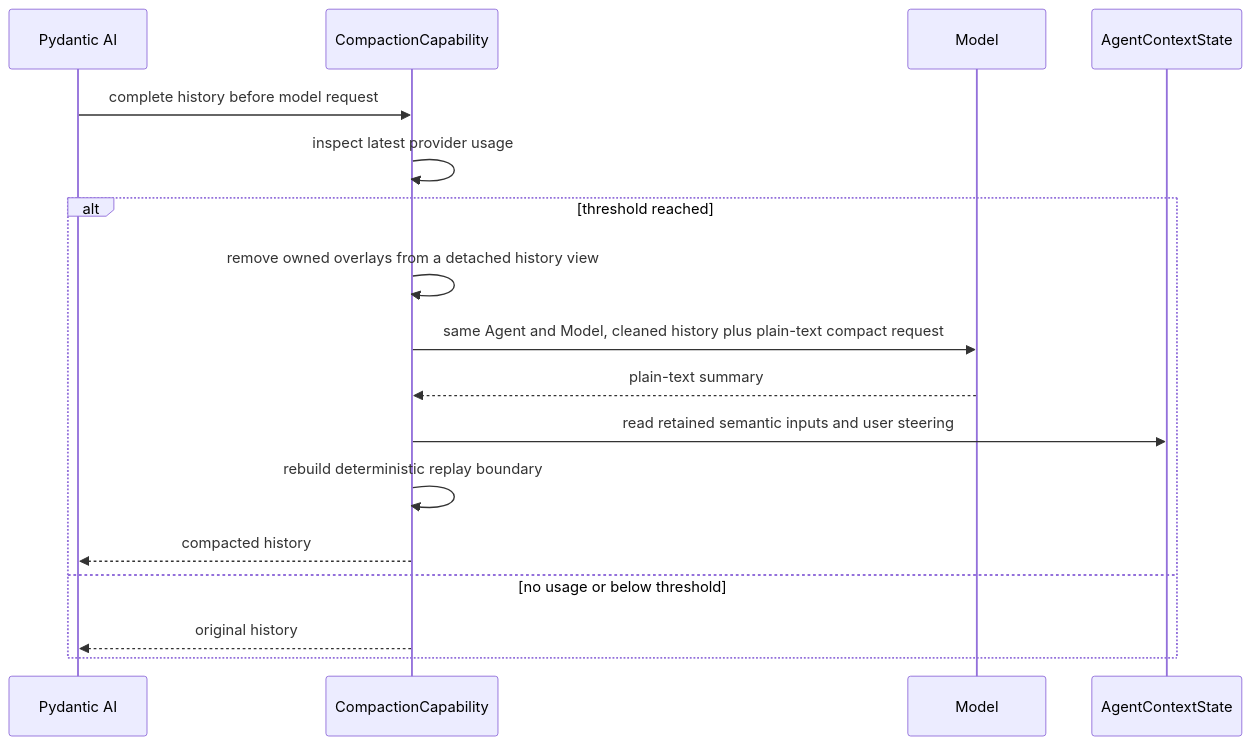
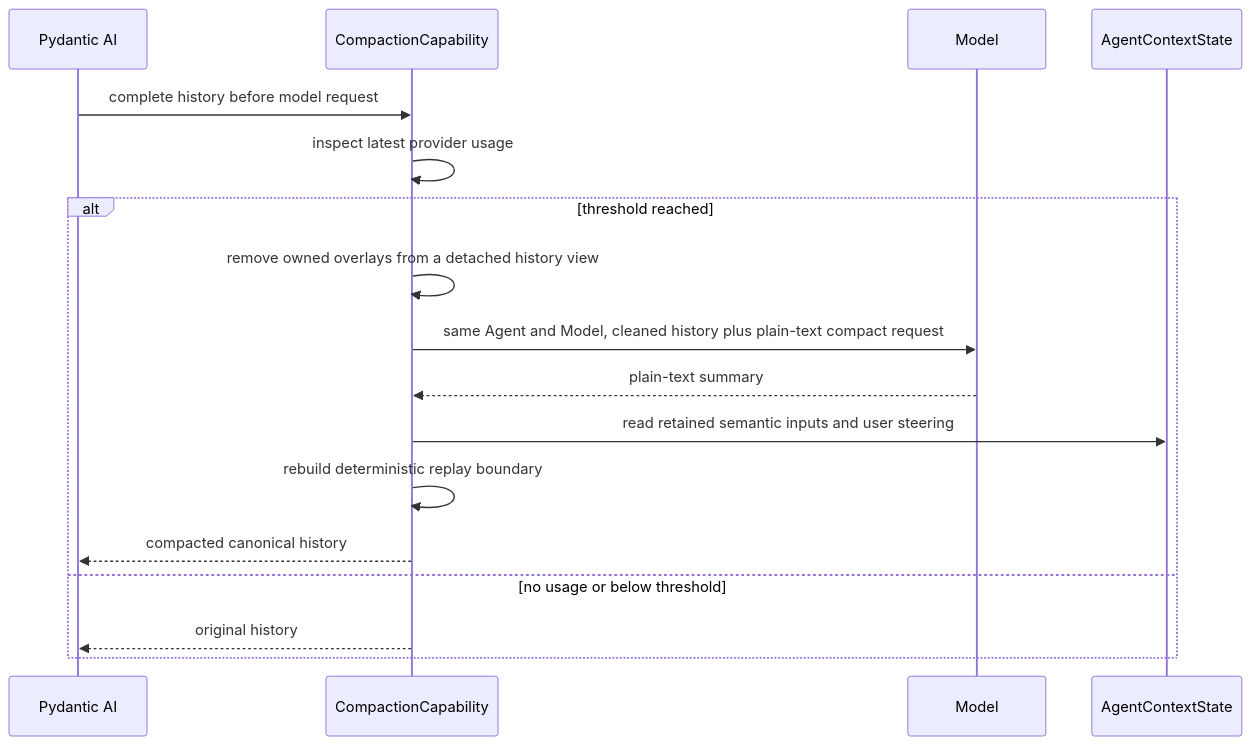
One commit to LTThreeComma/agent-foundation changed the second of 2 diagrams in spec/agent-harness/09-context-and-memory.md. Above: the diagram before and after it, drawn with Mermaid. The commit also changed other lines of this file and 97 other files, not shown here.

````diff
--- a/spec/agent-harness/09-context-and-memory.md
+++ b/spec/agent-harness/09-context-and-memory.md
@@ -312,20 +312,20 @@
 ```mermaid
 sequenceDiagram
     participant PAI as Pydantic AI
     participant Compact as CompactionCapability
     participant Model
     participant State as AgentContextState
 
     PAI->>Compact: complete history before model request
     Compact->>Compact: inspect latest provider usage
     alt threshold reached
         Compact->>Compact: remove owned overlays from a detached history view
         Compact->>Model: same Agent and Model, cleaned history plus plain-text compact request
         Model-->>Compact: plain-text summary
         Compact->>State: read retained semantic inputs and user steering
         Compact->>Compact: rebuild deterministic replay boundary
-        Compact-->>PAI: compacted history
+        Compact-->>PAI: compacted canonical history
     else no usage or below threshold
         Compact-->>PAI: original history
     end
 ```
````
